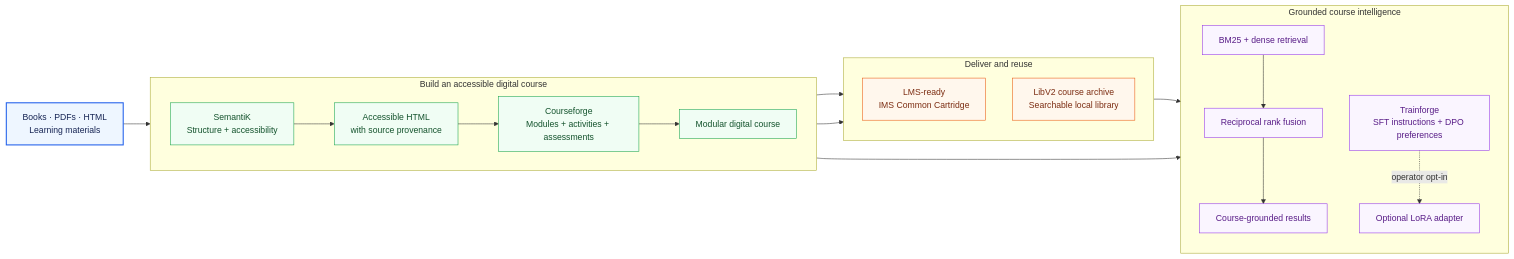
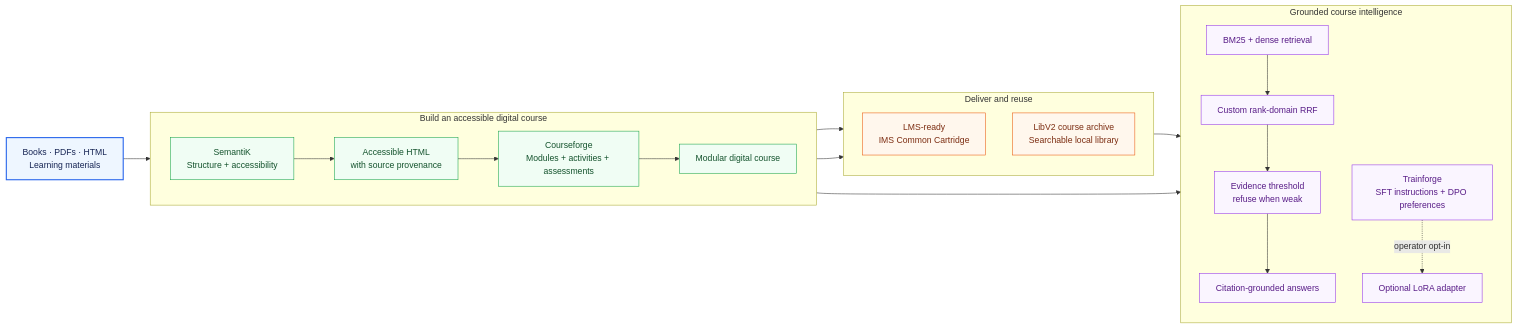
Before and after one commit to mdmurphy822/Ed4All: the diagram in README.md, drawn with Mermaid. The commit also changed other lines of this file, not shown here.

Commit message:
docs(readme): spotlight trusted retrieval

````diff
--- a/README.md
+++ b/README.md
@@ -93,48 +93,49 @@
 ```mermaid
 flowchart LR
     source["Books · PDFs · HTML<br/>Learning materials"]
 
     subgraph build["Build an accessible digital course"]
         direction LR
         semantik["SemantiK<br/>Structure + accessibility"]
         html["Accessible HTML<br/>with source provenance"]
         courseforge["Courseforge<br/>Modules + activities + assessments"]
         course["Modular digital course"]
 
         semantik --> html --> courseforge --> course
     end
 
     subgraph deliver["Deliver and reuse"]
         direction TB
         imscc["LMS-ready<br/>IMS Common Cartridge"]
         library["LibV2 course archive<br/>Searchable local library"]
     end
 
     subgraph intelligence["Grounded course intelligence"]
         direction TB
         retrieval["BM25 + dense retrieval"]
-        rrf["Reciprocal rank fusion"]
-        answers["Course-grounded results"]
+        rrf["Custom rank-domain RRF"]
+        confidence["Evidence threshold<br/>refuse when weak"]
+        answers["Citation-grounded answers"]
         pairs["Trainforge<br/>SFT instructions + DPO preferences"]
         lora["Optional LoRA adapter"]
 
-        retrieval --> rrf --> answers
+        retrieval --> rrf --> confidence --> answers
         pairs -. operator opt-in .-> lora
     end
 
     source --> semantik
     course --> imscc
     course --> library
     library --> retrieval
     course --> pairs
 
     classDef sourceNode fill:#eef6ff,stroke:#2563eb,color:#172554,stroke-width:2px;
     classDef buildNode fill:#f0fdf4,stroke:#16a34a,color:#14532d;
     classDef deliveryNode fill:#fff7ed,stroke:#ea580c,color:#7c2d12;
     classDef intelligenceNode fill:#faf5ff,stroke:#9333ea,color:#581c87;
 
     class source sourceNode;
     class semantik,html,courseforge,course buildNode;
     class imscc,library deliveryNode;
-    class retrieval,rrf,answers,pairs,lora intelligenceNode;
+    class retrieval,rrf,confidence,answers,pairs,lora intelligenceNode;
 ```
````
